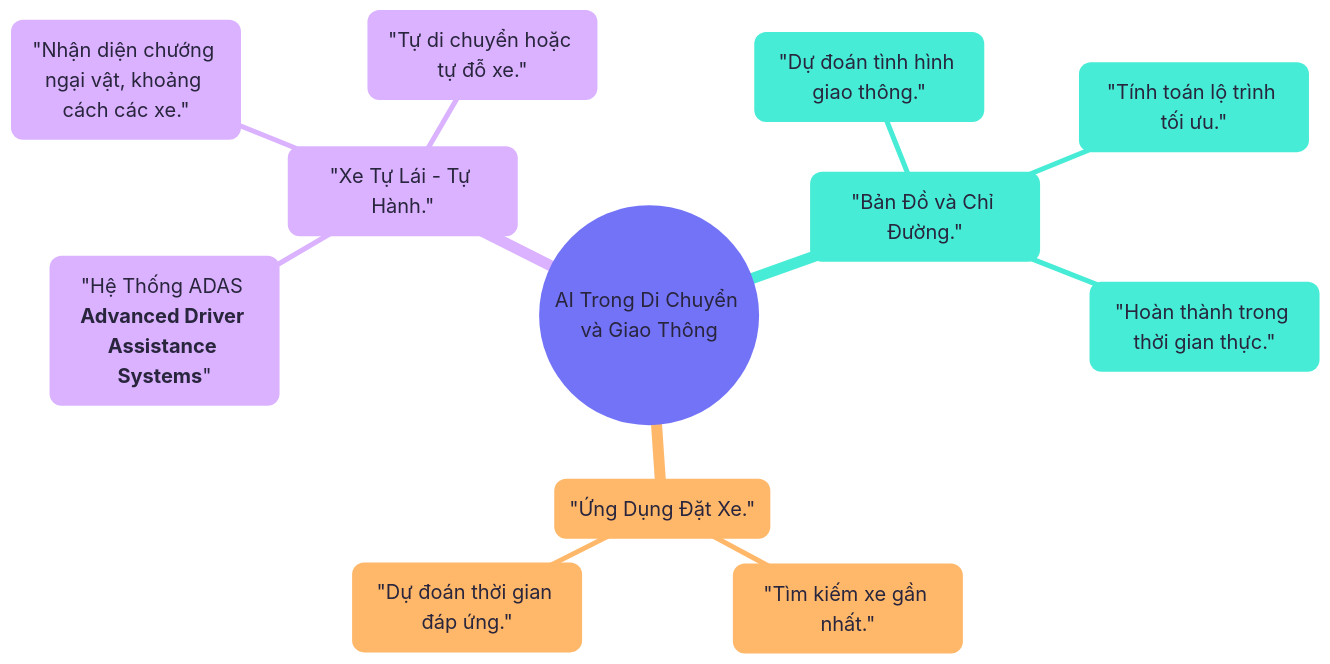
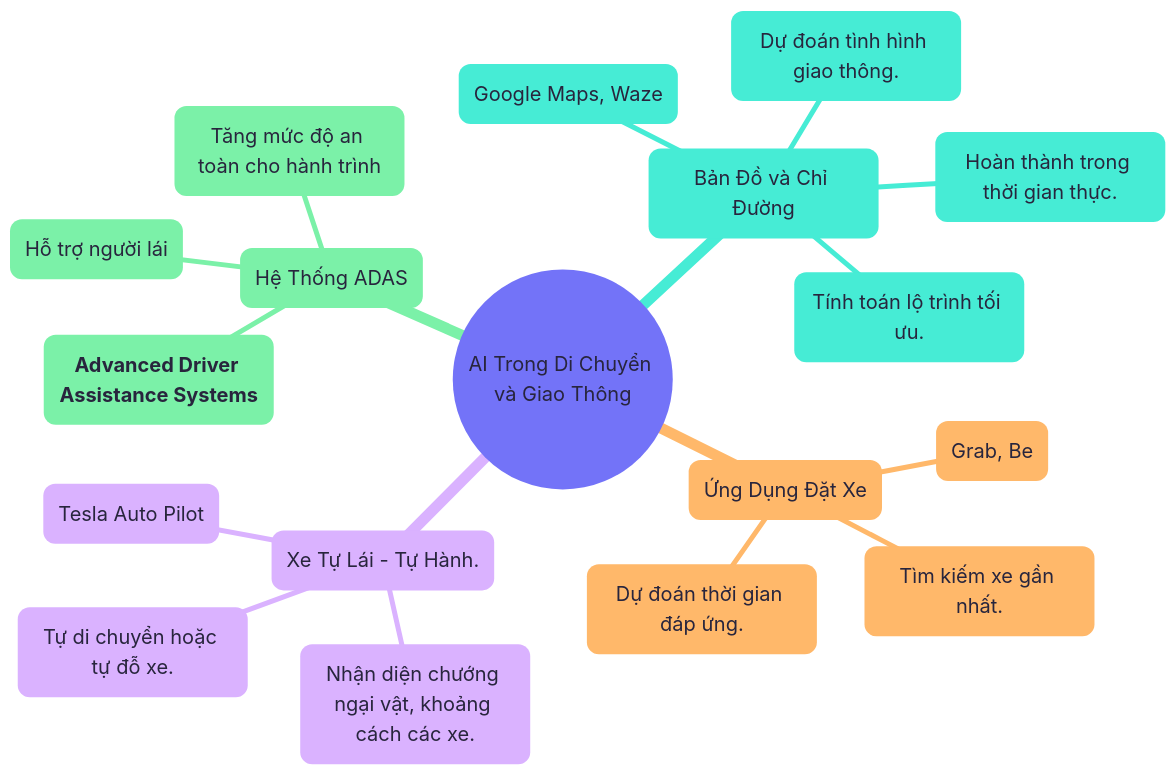
Before and after one commit to sam-uit/typst-report-template: the diagram in content/diagrams/chapter02-ai-trong-di-chuyen-va-giao-thong.mmd, drawn with Mermaid. The commit also changed 2 other files, not shown here.

Commit message:
chapter02-ai-trong-di-chuyen-va-giao-thong

```diff
--- a/content/diagrams/chapter02-ai-trong-di-chuyen-va-giao-thong.mmd
+++ b/content/diagrams/chapter02-ai-trong-di-chuyen-va-giao-thong.mmd
@@ -1,20 +1,26 @@
 ---
 config:
   theme: redux-color
   themeVariables:
     fontFamily: Google Sans
     fontSize: 20px
 ---
 mindmap
-  root(("AI Trong Di Chuyển và Giao Thông"))
-    "Bản Đồ và Chỉ Đường."
-        "Dự đoán tình hình giao thông."
-        "Tính toán lộ trình tối ưu."
-        "Hoàn thành trong thời gian thực."
-    "Ứng Dụng Đặt Xe."
-        "Tìm kiếm xe gần nhất."
-        "Dự đoán thời gian đáp ứng."
-    "Xe Tự Lái - Tự Hành."
-        "Hệ Thống ADAS **Advanced Driver Assistance Systems**"
-        "Nhận diện chướng ngại vật, khoảng cách các xe."
-        "Tự di chuyển hoặc tự đỗ xe."
+((AI Trong Di Chuyển và Giao Thông))
+  (Bản Đồ và Chỉ Đường)
+    Google Maps, Waze
+    Dự đoán tình hình giao thông.
+    Tính toán lộ trình tối ưu.
+    Hoàn thành trong thời gian thực.
+  (Ứng Dụng Đặt Xe)
+    Grab, Be
+    Tìm kiếm xe gần nhất.
+    Dự đoán thời gian đáp ứng.
+  (Xe Tự Lái - Tự Hành.)
+    Nhận diện chướng ngại vật, khoảng cách các xe.
+    Tự di chuyển hoặc tự đỗ xe.
+    Tesla Auto Pilot
+  Hệ Thống ADAS
+    **Advanced Driver Assistance Systems**
+    Hỗ trợ người lái
+    Tăng mức độ an toàn cho hành trình
```
